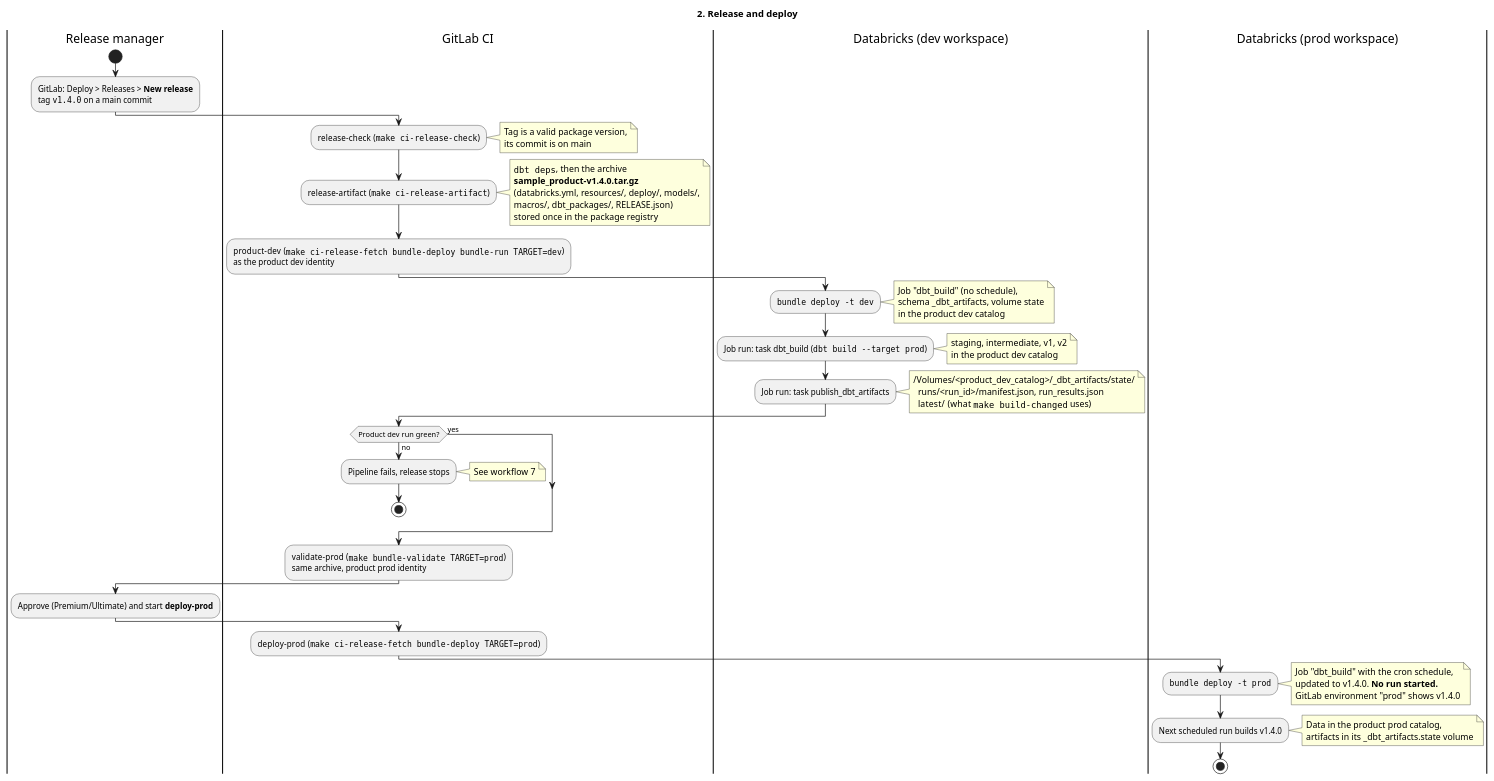
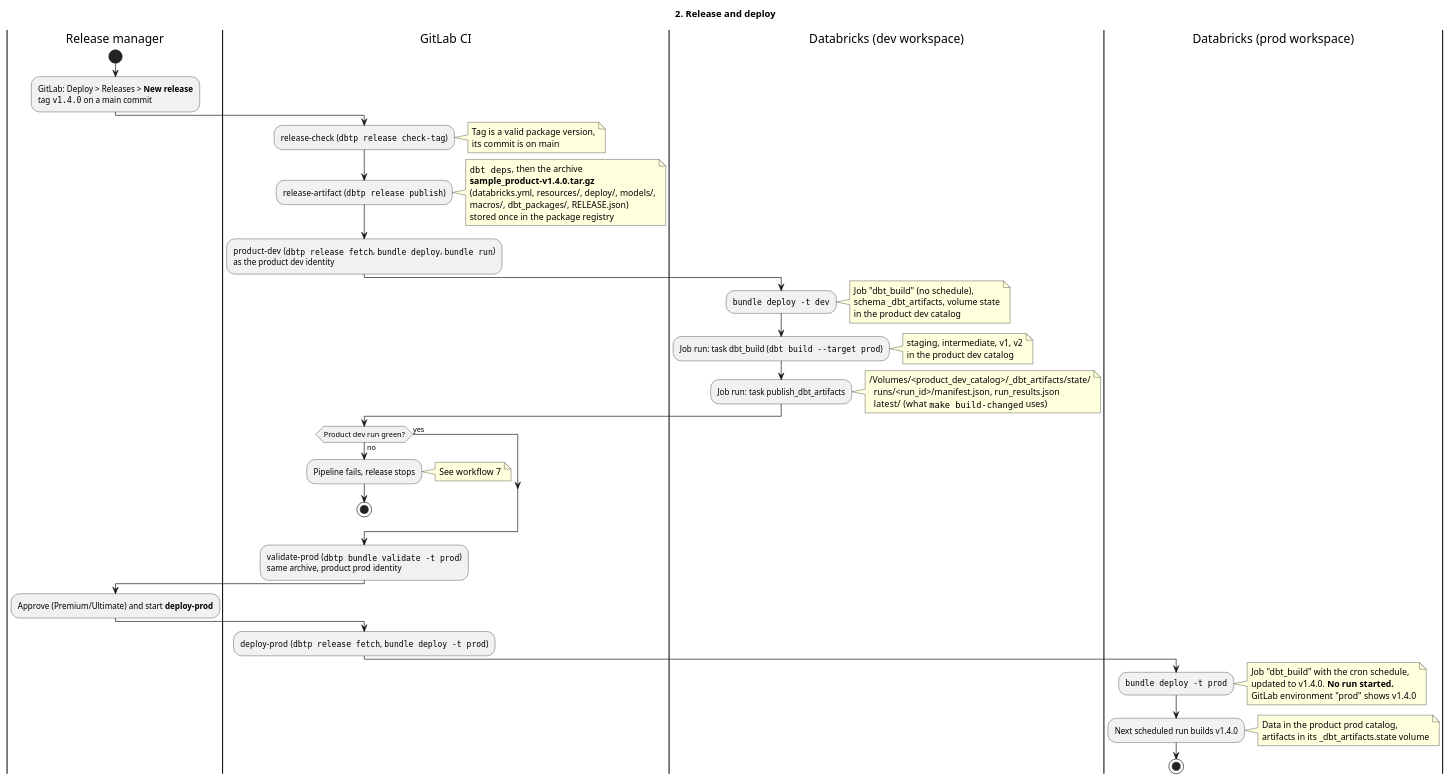
Before and after one commit to PeterHenell/dbt-databricks-template: the diagram in docs/diagrams/workflow-2-release.puml, drawn with PlantUML. The commit also changed 23 other files, not shown here.

```diff
--- a/docs/diagrams/workflow-2-release.puml
+++ b/docs/diagrams/workflow-2-release.puml
@@ -1,68 +1,68 @@
 @startuml workflow-2-release
 title 2. Release and deploy
 
 |Release manager|
 start
 :GitLab: Deploy > Releases > **New release**
 tag ""v1.4.0"" on a main commit;
 |GitLab CI|
-:release-check  (""make ci-release-check"");
+:release-check  (""dbtp release check-tag"");
 note right
   Tag is a valid package version,
   its commit is on main
 end note
-:release-artifact  (""make ci-release-artifact"");
+:release-artifact  (""dbtp release publish"");
 note right
   ""dbt deps"", then the archive
   **sample_product-v1.4.0.tar.gz**
   (databricks.yml, resources/, deploy/, models/,
   macros/, dbt_packages/, RELEASE.json)
   stored once in the package registry
 end note
-:product-dev  (""make ci-release-fetch bundle-deploy bundle-run TARGET=dev"")
+:product-dev  (""dbtp release fetch"", ""bundle deploy"", ""bundle run"")
 as the product dev identity;
 |Databricks (dev workspace)|
 :""bundle deploy -t dev"";
 note right
   Job "dbt_build" (no schedule),
   schema _dbt_artifacts, volume state
   in the product dev catalog
 end note
 :Job run: task dbt_build (""dbt build ~--target prod"");
 note right
   staging, intermediate, v1, v2
   in the product dev catalog
 end note
 :Job run: task publish_dbt_artifacts;
 note right
   /Volumes/<product_dev_catalog>/_dbt_artifacts/state/
     runs/<run_id>/manifest.json, run_results.json
     latest/  (what ""make build-changed"" uses)
 end note
 |GitLab CI|
 if (Product dev run green?) then (no)
   :Pipeline fails, release stops;
   note right: See workflow 7
   stop
 else (yes)
 endif
-:validate-prod  (""make bundle-validate TARGET=prod"")
+:validate-prod  (""dbtp bundle validate -t prod"")
 same archive, product prod identity;
 |Release manager|
 :Approve (Premium/Ultimate) and start **deploy-prod**;
 |GitLab CI|
-:deploy-prod  (""make ci-release-fetch bundle-deploy TARGET=prod"");
+:deploy-prod  (""dbtp release fetch"", ""bundle deploy -t prod"");
 |Databricks (prod workspace)|
 :""bundle deploy -t prod"";
 note right
   Job "dbt_build" with the cron schedule,
   updated to v1.4.0. **No run started.**
   GitLab environment "prod" shows v1.4.0
 end note
 :Next scheduled run builds v1.4.0;
 note right
   Data in the product prod catalog,
   artifacts in its _dbt_artifacts.state volume
 end note
 stop
 @enduml
```
